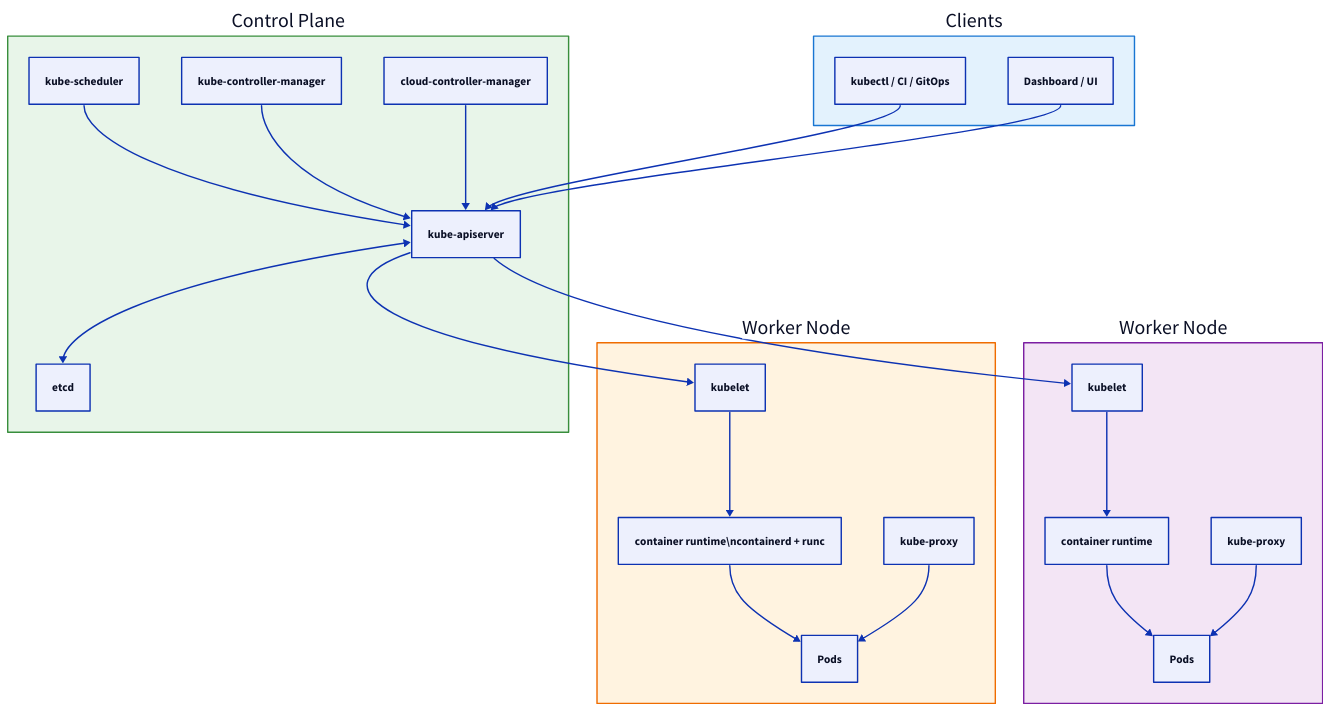
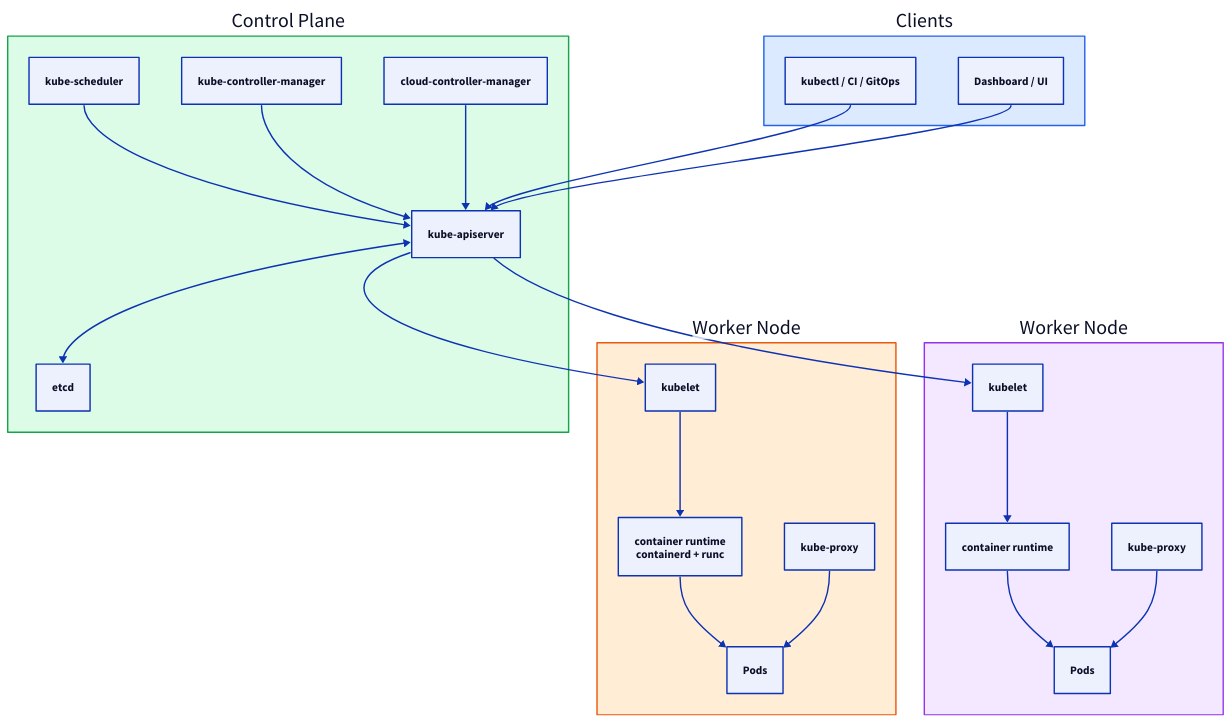
Before and after one commit to rebash-rebash/rebash-academy: the first of 3 diagrams in docs/kubernetes/kubernetes-architecture-and-components.md, drawn with D2. The commit also changed other lines of this file and 177 other files, not shown here.

First line of the commit message:
Ship Terraform track, diagram polish, and new brand favicon.

````diff
--- a/docs/kubernetes/kubernetes-architecture-and-components.md
+++ b/docs/kubernetes/kubernetes-architecture-and-components.md
@@ -53,57 +53,57 @@
 ```d2
 direction: down
 
 USERS: Clients {
       style: {
-        fill: "#e3f2fd"
-        stroke: "#1976d2"
+        fill: "#dbeafe"
+        stroke: "#2563eb"
       }
         KUBECTL: "kubectl / CI / GitOps"
         DASH: "Dashboard / UI"
     }
     CP: "Control Plane" {
       style: {
-        fill: "#e8f5e9"
-        stroke: "#388e3c"
+        fill: "#dcfce7"
+        stroke: "#16a34a"
       }
         API: kube-apiserver
         ETCD: etcd
         SCHED: kube-scheduler
         CM: kube-controller-manager
         CCM: cloud-controller-manager
         API <-> ETCD
         SCHED -> API
         CM -> API
         CCM -> API
     }
     NODE1: "Worker Node" {
       style: {
-        fill: "#fff3e0"
-        stroke: "#ef6c00"
+        fill: "#ffedd5"
+        stroke: "#ea580c"
       }
         KL1: kubelet
         KP1: kube-proxy
-        CR1: "container runtime\\ncontainerd + runc"
+        CR1: "container runtime\ncontainerd + runc"
         POD1: Pods
         KL1 -> CR1
         CR1 -> POD1
         KP1 -> POD1
     }
     NODE2: "Worker Node" {
       style: {
-        fill: "#f3e5f5"
-        stroke: "#7b1fa2"
+        fill: "#f3e8ff"
+        stroke: "#9333ea"
       }
         KL2: kubelet
         KP2: kube-proxy
         CR2: "container runtime"
         POD2: Pods
         KL2 -> CR2
         CR2 -> POD2
         KP2 -> POD2
     }
     USERS.KUBECTL -> CP.API
     USERS.DASH -> CP.API
     CP.API -> NODE1.KL1
     CP.API -> NODE2.KL2
 ```
````
